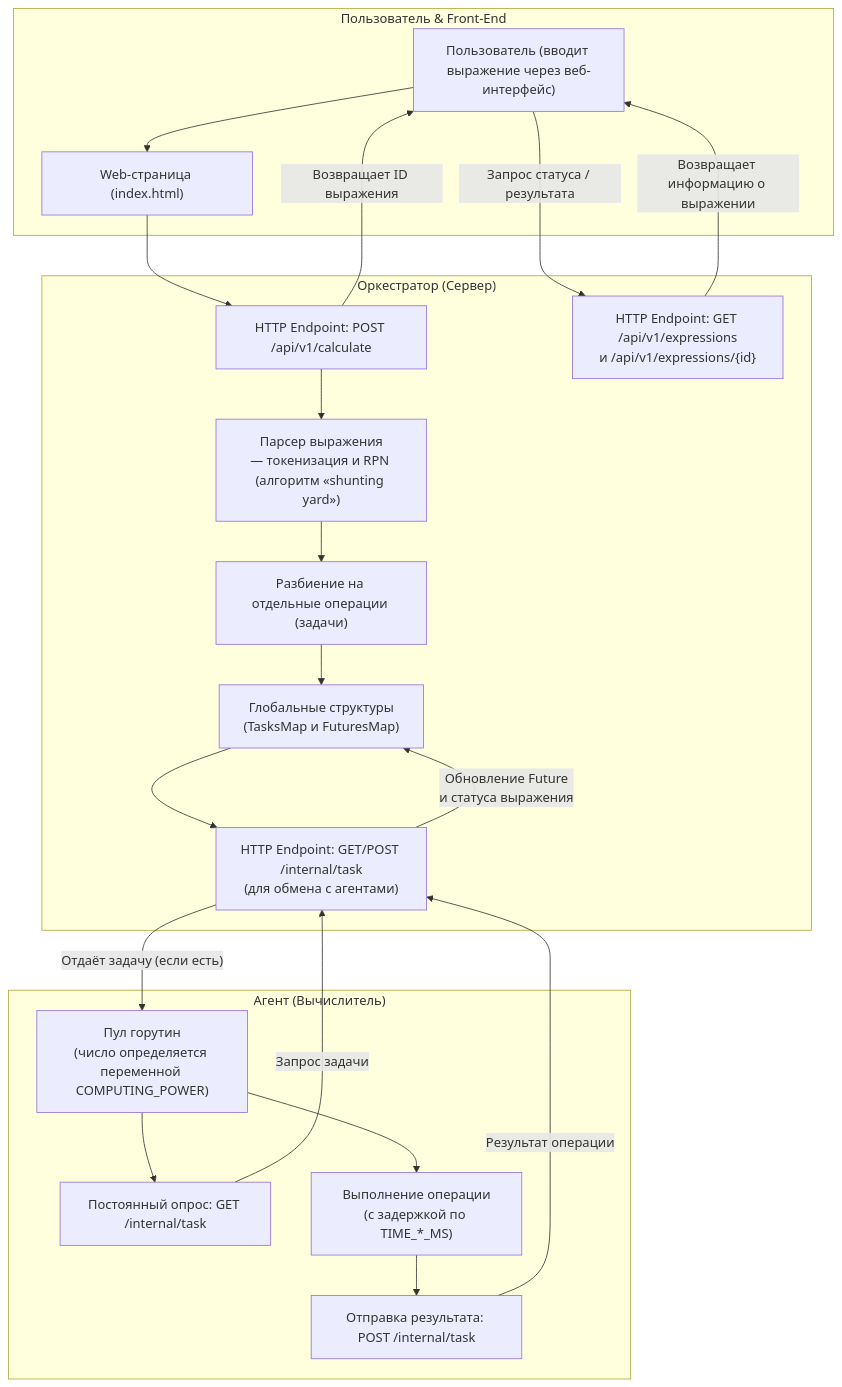
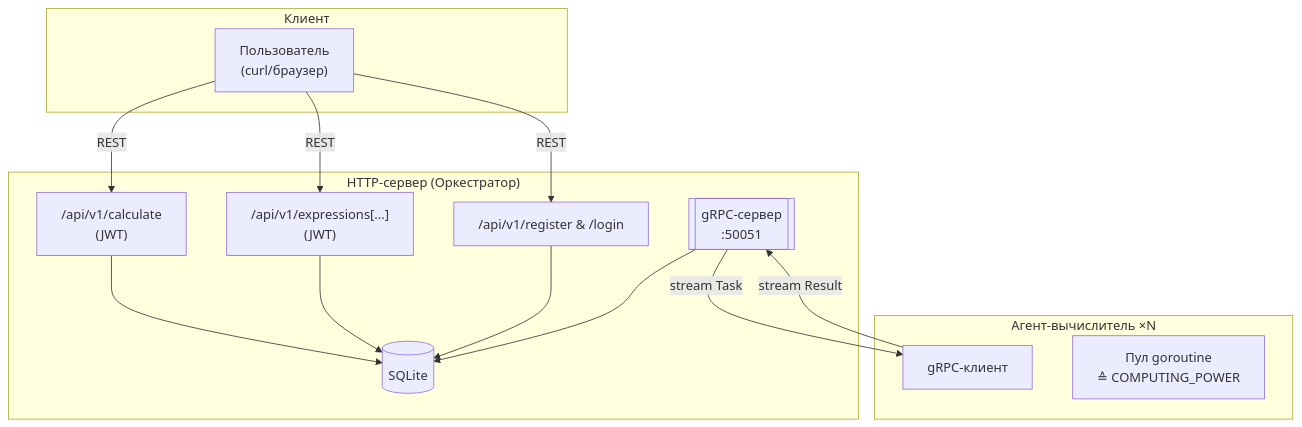
One commit to NeMolliriK/calculator changed the diagram in README.md. Above: the diagram before and after it, drawn with Mermaid. The commit also changed other lines of this file, not shown here.

````diff
--- a/README.md
+++ b/README.md
@@ -232,43 +31,30 @@
 ```mermaid
 flowchart TD
-    subgraph "Пользователь & Front-End"
-        A["Пользователь (вводит выражение через веб-интерфейс)"]
-        B["Web-страница (index.html)"]
+    subgraph "Клиент"
+        U["Пользователь<br/>(curl/браузер)"]
     end
 
-    subgraph "Оркестратор (Сервер)"
-        C["HTTP Endpoint: POST /api/v1/calculate"]
-        D["Парсер выражения<br/>— токенизация и RPN (алгоритм «shunting yard»)"]
-        E["Разбиение на отдельные операции (задачи)"]
-        F["Глобальные структуры<br/>(TasksMap и FuturesMap)"]
-        G["HTTP Endpoint: GET/POST /internal/task<br/>(для обмена с агентами)"]
-        H["HTTP Endpoint: GET /api/v1/expressions<br/>и /api/v1/expressions/{id}"]
+    subgraph "HTTP‑сервер (Оркестратор)"
+        A["/api/v1/register & /login"]
+        B["/api/v1/calculate<br/>(JWT)"]
+        C["/api/v1/expressions[...]<br/>(JWT)"]
+        DB[(SQLite)]
+        GRPCS[[gRPC‑сервер <br/>:50051]]
     end
 
-    subgraph "Агент (Вычислитель)"
-        I["Пул горутин<br/>(число определяется переменной COMPUTING_POWER)"]
-        J["Постоянный опрос: GET /internal/task"]
-        K["Выполнение операции<br/>(с задержкой по TIME_*_MS)"]
-        L["Отправка результата: POST /internal/task"]
+    subgraph "Агент‑вычислитель ×N"
+        AG["gRPC‑клиент"]
+        WG["Пул goroutine<br/>≙ COMPUTING_POWER"]
     end
 
-%% Поток данных
-    A --> B
-    B --> C
-    C --> D
-    D --> E
-    E --> F
-    F --> G
-    C -- "Возвращает ID выражения" --> A
+    U -- REST --> A & B & C
+    B --> DB
+    C --> DB
+    A --> DB
 
-    I --> J
-    J -- "Запрос задачи" --> G
-    G -- "Отдаёт задачу (если есть)" --> I
-    I --> K
-    K --> L
-    L -- "Результат операции" --> G
-    G -- "Обновление Future<br/>и статуса выражения" --> F
+    GRPCS -- stream Task --> AG
+    AG -- stream Result --> GRPCS
+    GRPCS --> DB
 
-    A -- "Запрос статуса / результата" --> H
-    H -- "Возвращает информацию о выражении" --> A
+    click B "#REST-API" "REST API"
 ```
````
